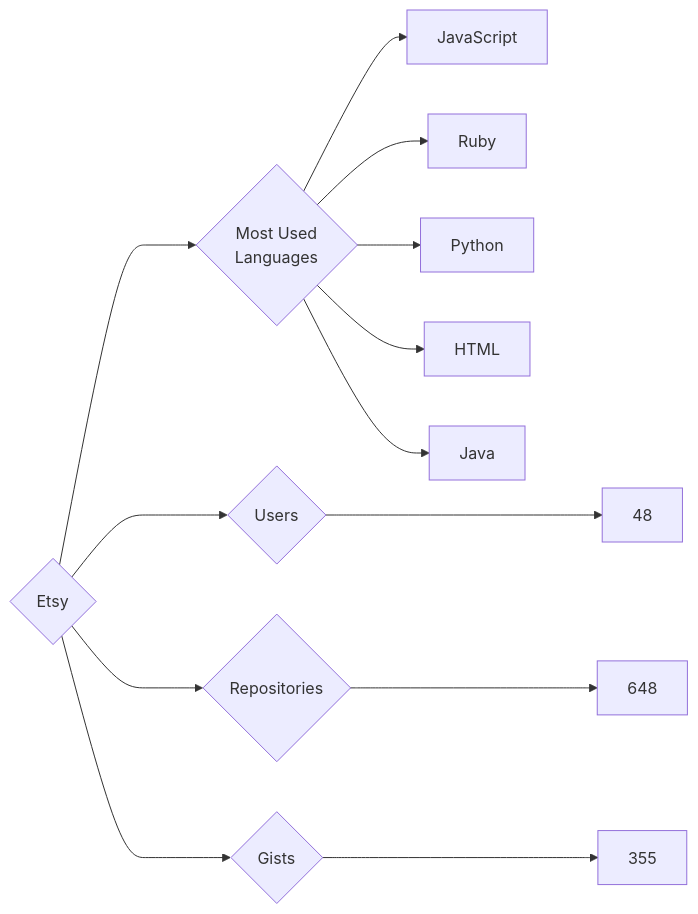
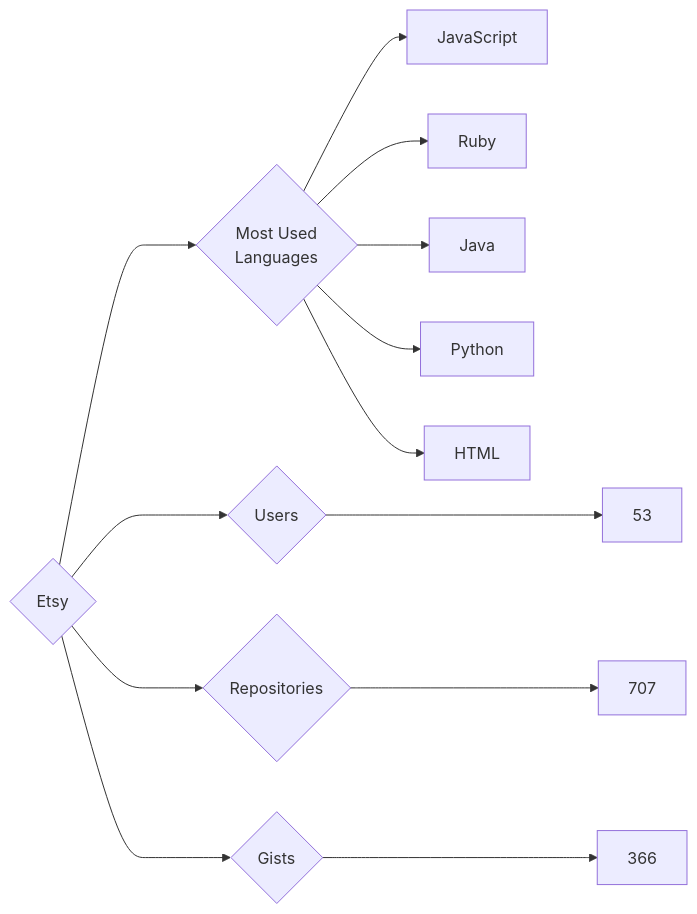
Before and after one commit to trickest/insiders: the diagram in targets/Etsy/README.md, drawn with Mermaid. The commit also changed 721 other files, not shown here.

````diff
--- a/targets/Etsy/README.md
+++ b/targets/Etsy/README.md
@@ -3,13 +3,13 @@
 ```mermaid
 graph LR
 COMPANY_NAME{Etsy}
-COMPANY_NAME ---> U{Users} ---> UN[48]
-COMPANY_NAME ---> R{Repositories} ---> RN[648]
-COMPANY_NAME ---> G{Gists} ---> GN[355]
+COMPANY_NAME ---> U{Users} ---> UN[53]
+COMPANY_NAME ---> R{Repositories} ---> RN[707]
+COMPANY_NAME ---> G{Gists} ---> GN[366]
 COMPANY_NAME ---> ML{Most Used<br>Languages}
 ML --> JavaScript[JavaScript]
 ML --> Ruby[Ruby]
+ML --> Java[Java]
 ML --> Python[Python]
 ML --> HTML[HTML]
-ML --> Java[Java]
 ```
````
